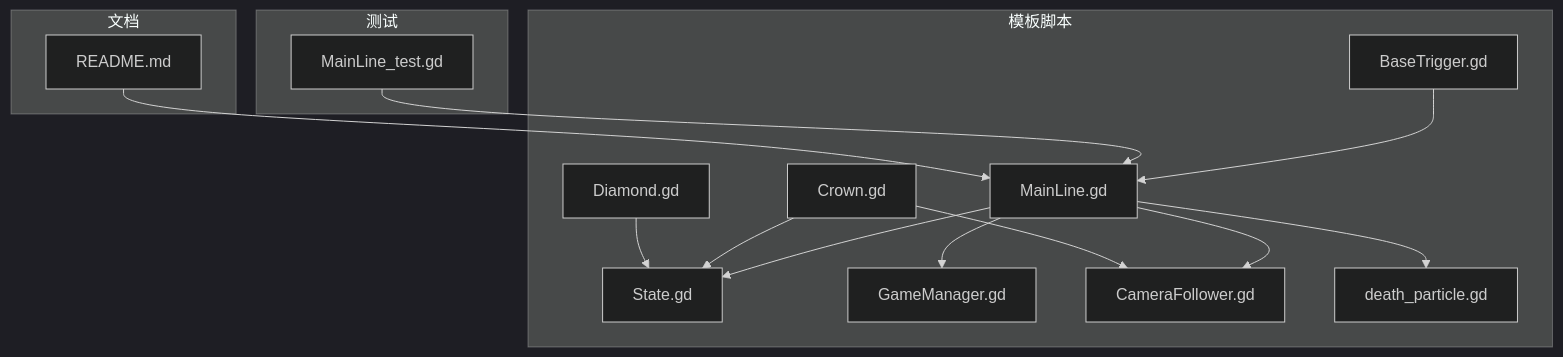
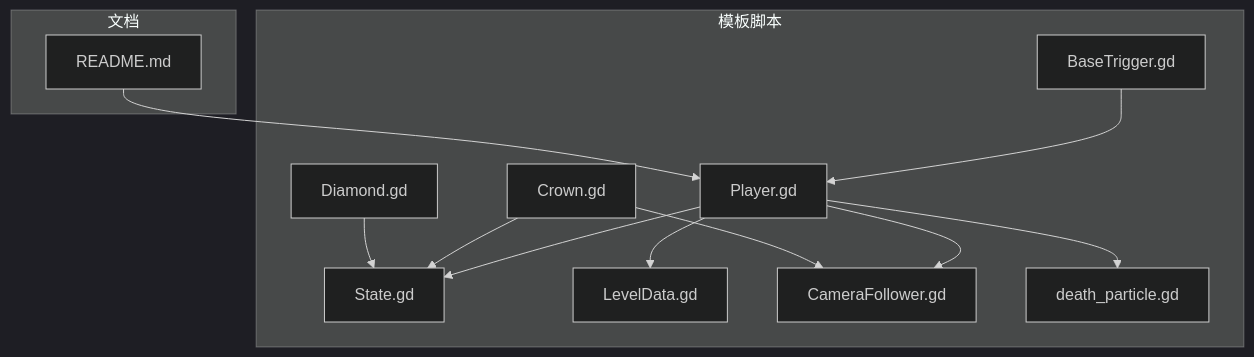
The first of 6 diagrams in .qoder/repowiki/zh/content/游戏系统/角色控制系统.md (godotline/godot-line), drawn with Mermaid (dark theme) before and after one commit. The commit also changed other lines of this file and 18 other files, not shown here.

````diff
--- a/.qoder/repowiki/zh/content/游戏系统/角色控制系统.md
+++ b/.qoder/repowiki/zh/content/游戏系统/角色控制系统.md
@@ -35,29 +36,25 @@
 ```mermaid
 graph TB
 subgraph "模板脚本"
-ML["MainLine.gd"]
+PL["Player.gd"]
 ST["State.gd"]
-GM["GameManager.gd"]
+LD["LevelData.gd"]
 CF["CameraFollower.gd"]
 BT["BaseTrigger.gd"]
 CR["Crown.gd"]
 DM["Diamond.gd"]
 DP["death_particle.gd"]
 end
-subgraph "测试"
-TL["MainLine_test.gd"]
-end
 subgraph "文档"
 RD["README.md"]
 end
-ML --> ST
-ML --> GM
-ML --> CF
-ML --> DP
+PL --> ST
+PL --> LD
+PL --> CF
+PL --> DP
 CR --> ST
 CR --> CF
 DM --> ST
-BT --> ML
-TL --> ML
-RD --> ML
+BT --> PL
+RD --> PL
 ```
````
